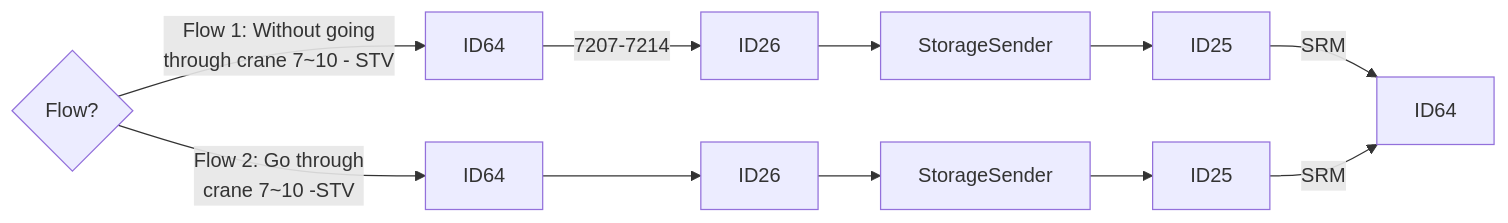
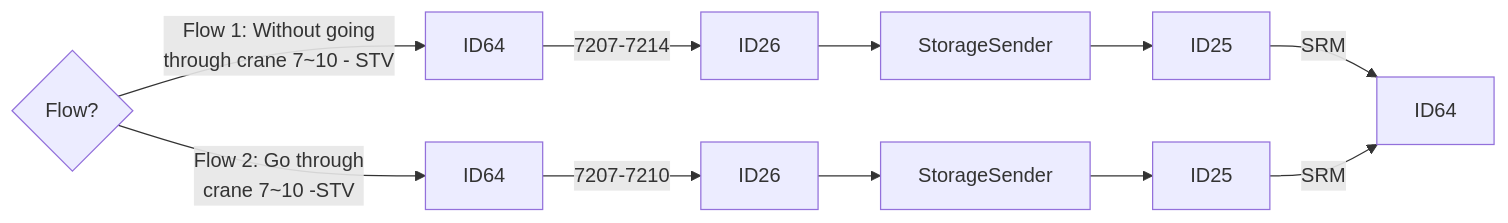
The second of 24 diagrams in Basic-Design/DFD-WMS/Storage/Unplanned-Storage/Unplanned-Storage-from-HP.md (luthfiadityaa/SimeDarby-Wiki), drawn with Mermaid before and after one commit.

Commit message:
Updated Unplanned Storage from HP

```diff
--- a/Basic-Design/DFD-WMS/Storage/Unplanned-Storage/Unplanned-Storage-from-HP.md
+++ b/Basic-Design/DFD-WMS/Storage/Unplanned-Storage/Unplanned-Storage-from-HP.md
@@ -16,11 +16,11 @@
 ::: mermaid
 flowchart LR
   
 Cond1{Flow?} 
 Cond1 --> |Flow 1: Without going 
 through crane 7~10 - STV| P8[ID64]
 Cond1 --> |Flow 2: Go through 
 crane 7~10 -STV| P9[ID64]
 P8[ID64]--> |7207-7214| P10[ID26]-->P11[StorageSender]-->P12[ID25]--> |SRM| P18[ID64]
-P9[ID64]-->P15[ID26]-->P16[StorageSender]-->P17[ID25]--> |SRM| P18[ID64]
+P9[ID64]--> |7207-7210| P15[ID26]-->P16[StorageSender]-->P17[ID25]--> |SRM| P18[ID64]
 :::
```
